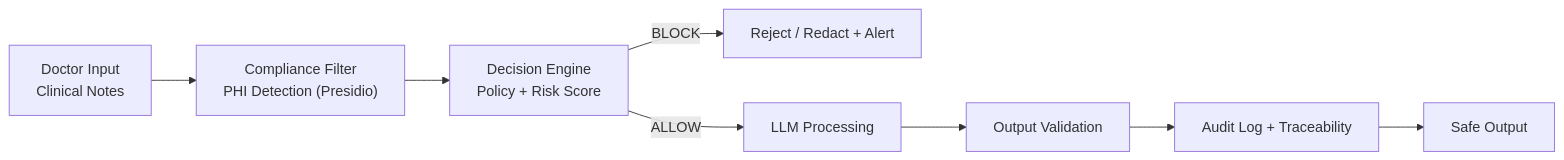
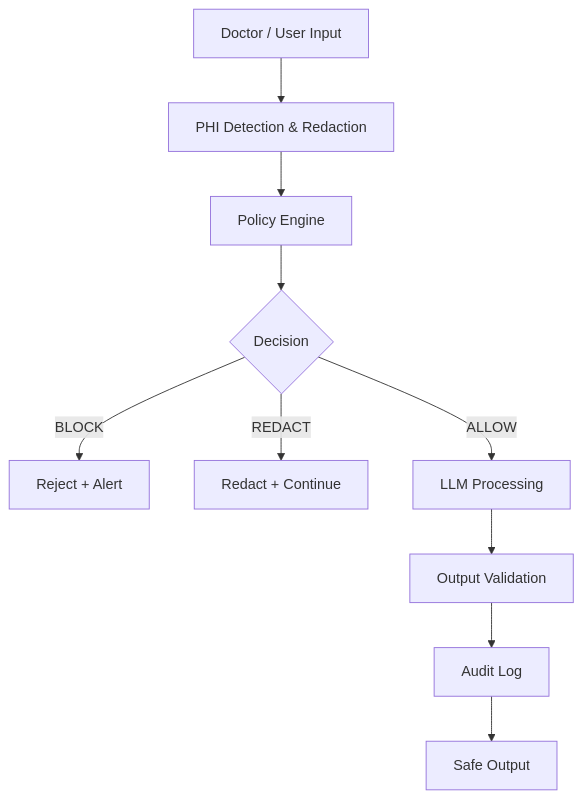
The diagram in README.md (BehaBB/healthcare-ai-compliance-framework), drawn with Mermaid before and after one commit. The commit also changed other lines of this file, not shown here.

````diff
--- a/README.md
+++ b/README.md
@@ -37,14 +41,16 @@
 ```mermaid
-graph LR
-    A["Doctor Input\nClinical Notes"] 
-    --> B["Compliance Filter\nPHI Detection (Presidio)"]
+graph TD
+    A[Doctor / User Input] 
+    --> B[PHI Detection & Redaction]
     
-    B --> C["Decision Engine\nPolicy + Risk Score"]
+    B --> C[Policy Engine]
     
-    C -->|BLOCK| D["Reject / Redact + Alert"]
-    C -->|ALLOW| E["LLM Processing"]
+    C --> D{Decision}
+    D -->|BLOCK| E[Reject + Alert]
+    D -->|REDACT| F[Redact + Continue]
+    D -->|ALLOW| G[LLM Processing]
     
-    E --> F["Output Validation"]
-    F --> G["Audit Log + Traceability"]
-    G --> H["Safe Output"]
+    G --> H[Output Validation]
+    H --> I[Audit Log]
+    I --> J[Safe Output]
 ```
````
